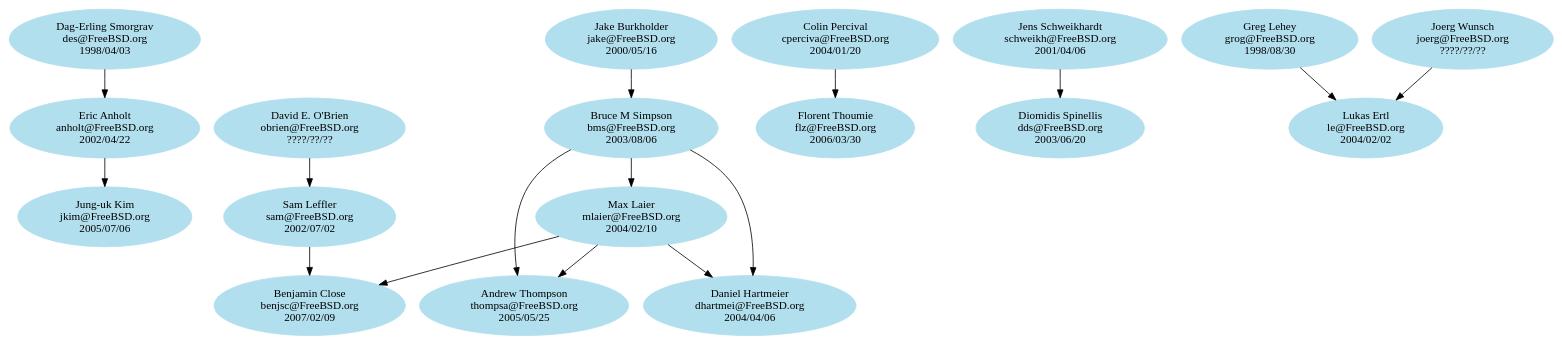
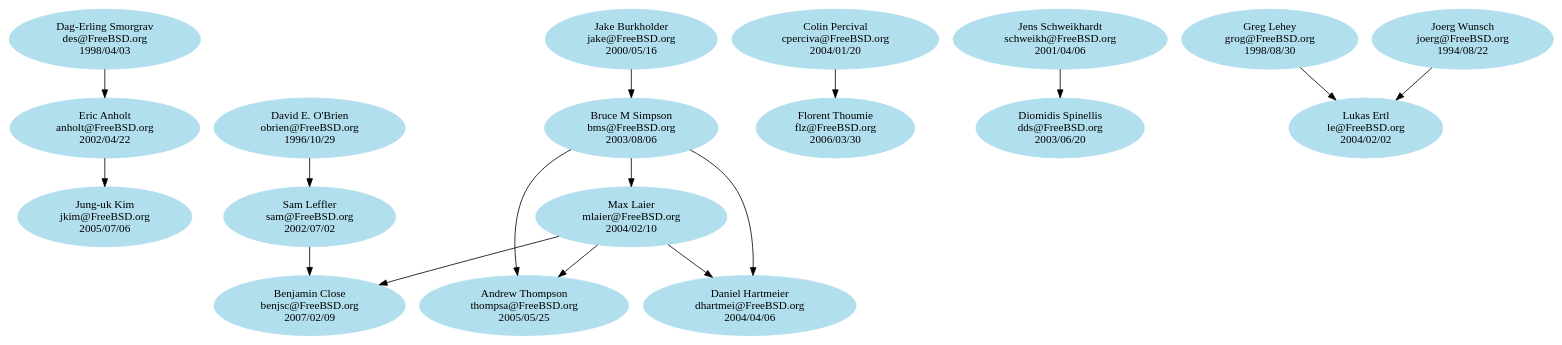
One commit to kelvinyu/unix-history-repo changed the diagram in share/misc/committers-src.dot. Above: the diagram before and after it, drawn with Graphviz.

Commit message:
Add dates for joerg@ and obrien@.

```diff
--- a/share/misc/committers-src.dot
+++ b/share/misc/committers-src.dot
@@ -1,76 +1,76 @@
 # $FreeBSD$
 
 digraph src {
 
 # Node definitions follow this example:
 #
 #   foo [label="Foo Bar\nfoo@FreeBSD.org\n????/??/??"]
 #
 # ????/??/?? is the date when the commit bit was obtained, usually the one you
 # can find looking at CVS logs for the access (or avail) file under CVSROOT.
 #
 # For returned commit bits, the node definition will follow this example:
 #
 #   foo [label="Foo Bar\nfoo@FreeBSD.org\n????/??/??\n????/??/??"]
 #
 # The first date is the same as for an active committer, the second date is
 # the date when the commit bit has been returned. Again, check CVS logs.
 
 node [color=grey62, style=filled, bgcolor=black];
 
 # Alumni go here.. Try to keep things sorted.
 
 node [color=lightblue2, style=filled, bgcolor=black];
 
 # Current src committers go here. Try to keep things sorted.
 
 anholt [label="Eric Anholt\nanholt@FreeBSD.org\n2002/04/22"]
 benjsc [label="Benjamin Close\nbenjsc@FreeBSD.org\n2007/02/09"]
 bms [label="Bruce M Simpson\nbms@FreeBSD.org\n2003/08/06"]
 cperciva [label="Colin Percival\ncperciva@FreeBSD.org\n2004/01/20"]
 dds [label="Diomidis Spinellis\ndds@FreeBSD.org\n2003/06/20"]
 des [label="Dag-Erling Smorgrav\ndes@FreeBSD.org\n1998/04/03"]
 dhartmei [label="Daniel Hartmeier\ndhartmei@FreeBSD.org\n2004/04/06"]
 flz [label="Florent Thoumie\nflz@FreeBSD.org\n2006/03/30"]
 grog [label="Greg Lehey\ngrog@FreeBSD.org\n1998/08/30"]
 jake [label="Jake Burkholder\njake@FreeBSD.org\n2000/05/16"]
 jkim [label="Jung-uk Kim\njkim@FreeBSD.org\n2005/07/06"]
-joerg [label="Joerg Wunsch\njoerg@FreeBSD.org\n????/??/??"]
+joerg [label="Joerg Wunsch\njoerg@FreeBSD.org\n1994/08/22"]
 le [label="Lukas Ertl\nle@FreeBSD.org\n2004/02/02"]
 mlaier [label="Max Laier\nmlaier@FreeBSD.org\n2004/02/10"]
-obrien [label="David E. O'Brien\nobrien@FreeBSD.org\n????/??/??"]
+obrien [label="David E. O'Brien\nobrien@FreeBSD.org\n1996/10/29"]
 sam [label="Sam Leffler\nsam@FreeBSD.org\n2002/07/02"]
 schweikh [label="Jens Schweikhardt\nschweikh@FreeBSD.org\n2001/04/06"]
 thompsa [label="Andrew Thompson\nthompsa@FreeBSD.org\n2005/05/25"]
 
 # Here are the mentor/mentee relationships.
 # Group together all the mentees for a particular mentor.
 # Keep the list sorted by mentor login.
 
 anholt -> jkim
 
 cperciva -> flz
 
 bms -> mlaier
 bms -> dhartmei
 bms -> thompsa
 
 des -> anholt
 
 jake -> bms
 
 joerg -> le
 
 grog -> le
 
 mlaier -> benjsc
 mlaier -> dhartmei
 mlaier -> thompsa
 
 obrien -> sam
 
 sam -> benjsc
 
 schweikh -> dds
 
 }
```
